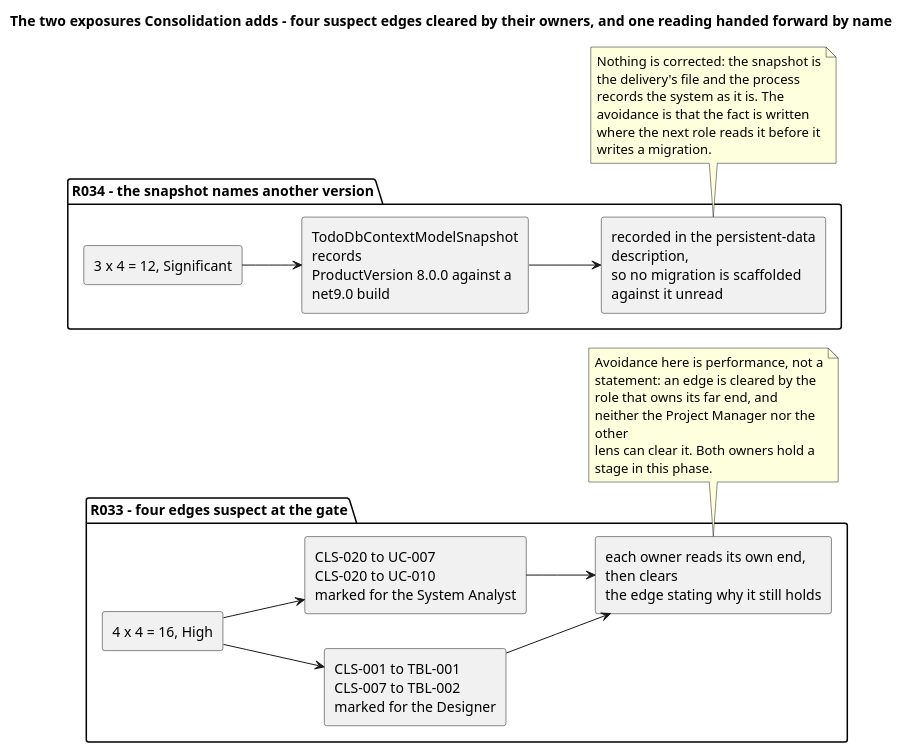
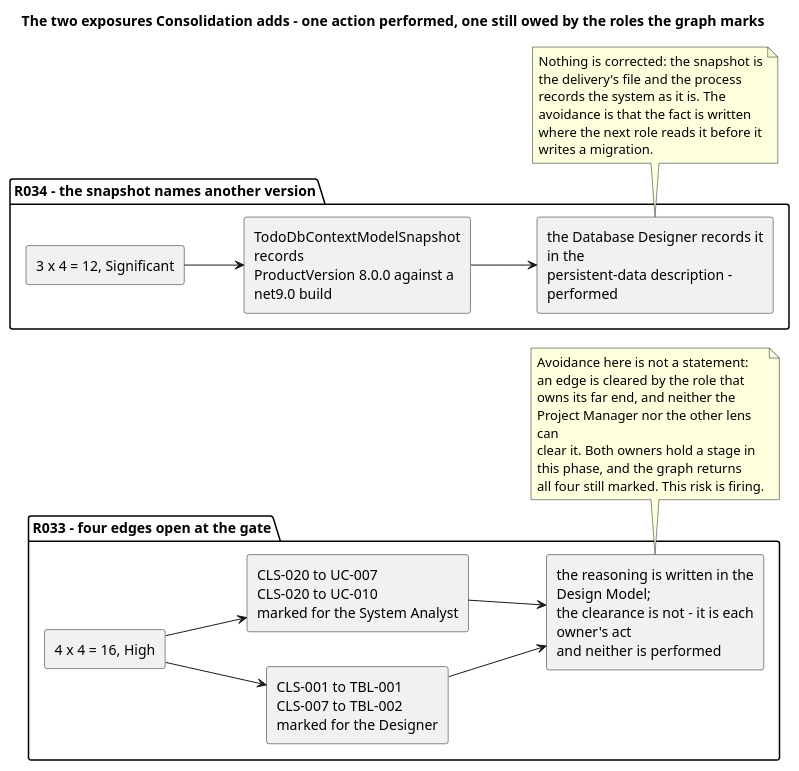
One commit to banense-test/TodoApp changed the third of 3 diagrams in docs/artifacts/project-management/risk-list.md. Above: the diagram before and after it, drawn with PlantUML. The commit also changed other lines of this file, not shown here.

Commit message:
Project Manager [Consolidation1]: upsert Risk List
[skip ci]

````diff
--- a/docs/artifacts/project-management/risk-list.md
+++ b/docs/artifacts/project-management/risk-list.md
@@ -290,40 +290,41 @@
 ```plantuml
 @startuml
-title The two exposures Consolidation adds - four suspect edges cleared by their owners, and one reading handed forward by name
+title The two exposures Consolidation adds - one action performed, one still owed by the roles the graph marks
 skinparam shadowing false
 skinparam componentStyle rectangle
 skinparam wrapWidth 230
 left to right direction
 
-package "R033 - four edges suspect at the gate" {
+package "R033 - four edges open at the gate" {
   component "4 x 4 = 16, High" as R33
   component "CLS-001 to TBL-001\nCLS-007 to TBL-002\nmarked for the Designer" as R33A
   component "CLS-020 to UC-007\nCLS-020 to UC-010\nmarked for the System Analyst" as R33B
-  component "each owner reads its own end, then clears\nthe edge stating why it still holds" as R33C
+  component "the reasoning is written in the Design Model;\nthe clearance is not - it is each owner's act\nand neither is performed" as R33C
 }
 package "R034 - the snapshot names another version" {
   component "3 x 4 = 12, Significant" as R34
   component "TodoDbContextModelSnapshot records\nProductVersion 8.0.0 against a net9.0 build" as R34A
-  component "recorded in the persistent-data description,\nso no migration is scaffolded against it unread" as R34B
+  component "the Database Designer records it in the\npersistent-data description - performed" as R34B
 }
 
 R33 --> R33A
 R33 --> R33B
 R33A --> R33C
 R33B --> R33C
 R34 --> R34A
 R34A --> R34B
 
 note bottom of R33C
-  Avoidance here is performance, not a statement: an edge is cleared by the
-  role that owns its far end, and neither the Project Manager nor the other
-  lens can clear it. Both owners hold a stage in this phase.
+  Avoidance here is not a statement: an edge is cleared by the role that
+  owns its far end, and neither the Project Manager nor the other lens can
+  clear it. Both owners hold a stage in this phase, and the graph returns
+  all four still marked. This risk is firing.
 end note
 note bottom of R34B
   Nothing is corrected: the snapshot is the delivery's file and the process
   records the system as it is. The avoidance is that the fact is written
   where the next role reads it before it writes a migration.
 end note
 
 @enduml
 ```
````
